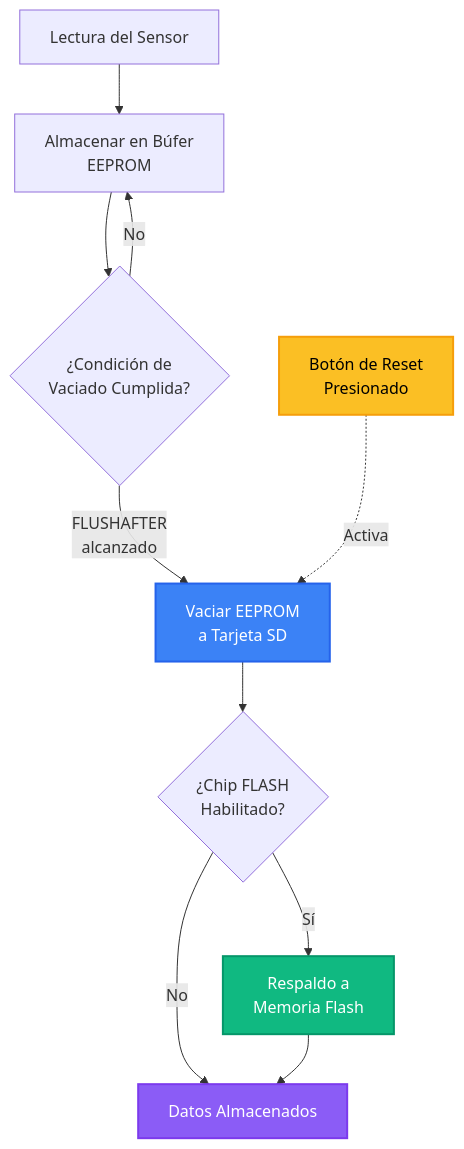
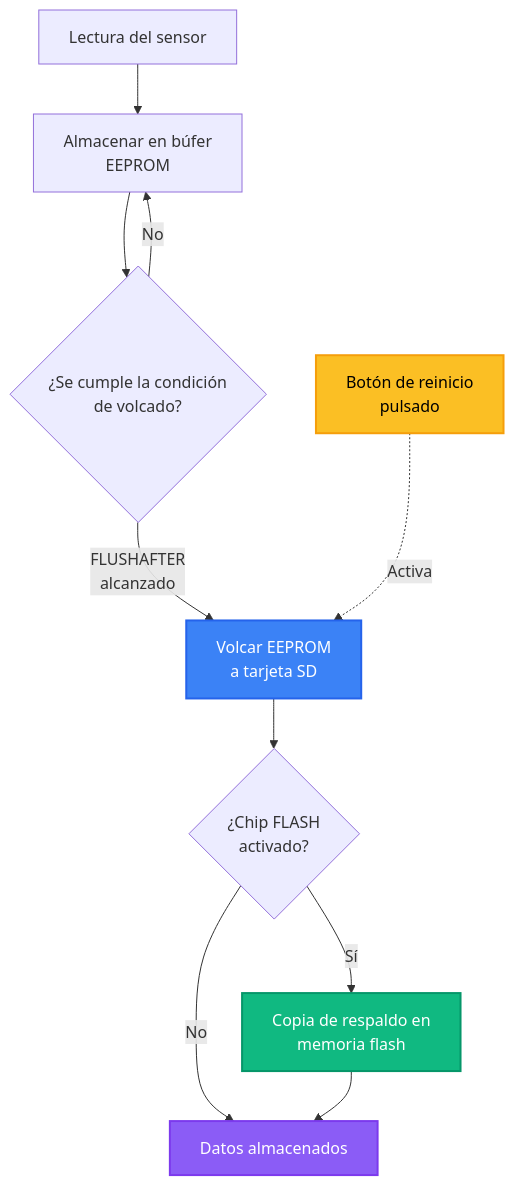
The diagram in docs/es/operation/hardware/data-handling.md (ICHydro/Riverlabs), drawn with Mermaid before and after one commit. The commit also changed other lines of this file and 33 other files, not shown here.

````diff
--- a/docs/es/operation/hardware/data-handling.md
+++ b/docs/es/operation/hardware/data-handling.md
@@ -19,26 +19,26 @@
 ```mermaid
 flowchart TD
-    RST[Botón de Reset<br/>Presionado]
-    A[Lectura del Sensor]
-    B[Almacenar en Búfer<br/>EEPROM]
-    C{¿Condición de<br/>Vaciado Cumplida?}
-    D[Vaciar EEPROM<br/>a Tarjeta SD]
-    E{¿Chip FLASH<br/>Habilitado?}
-    F[Respaldo a<br/>Memoria Flash]
-    G[Datos Almacenados]
+    RST[Botón de reinicio<br/>pulsado]
+    A[Lectura del sensor]
+    B[Almacenar en búfer<br/>EEPROM]
+    C{¿Se cumple la condición<br/>de volcado?}
+    D[Volcar EEPROM<br/>a tarjeta SD]
+    E{¿Chip FLASH<br/>activado?}
+    F[Copia de respaldo en<br/>memoria flash]
+    G[Datos almacenados]
     
     A --> B
     B --> C
     C -->|FLUSHAFTER<br/>alcanzado| D
     C -->|No| B
     RST -.->|Activa| D
     D --> E
     E -->|Sí| F
     E -->|No| G
     F --> G
     
     style RST fill:#fbbf24,stroke:#f59e0b,stroke-width:2px,color:#000
     style D fill:#3b82f6,stroke:#2563eb,stroke-width:2px,color:#fff
     style F fill:#10b981,stroke:#059669,stroke-width:2px,color:#fff
     style G fill:#8b5cf6,stroke:#7c3aed,stroke-width:2px,color:#fff
 ```
````
